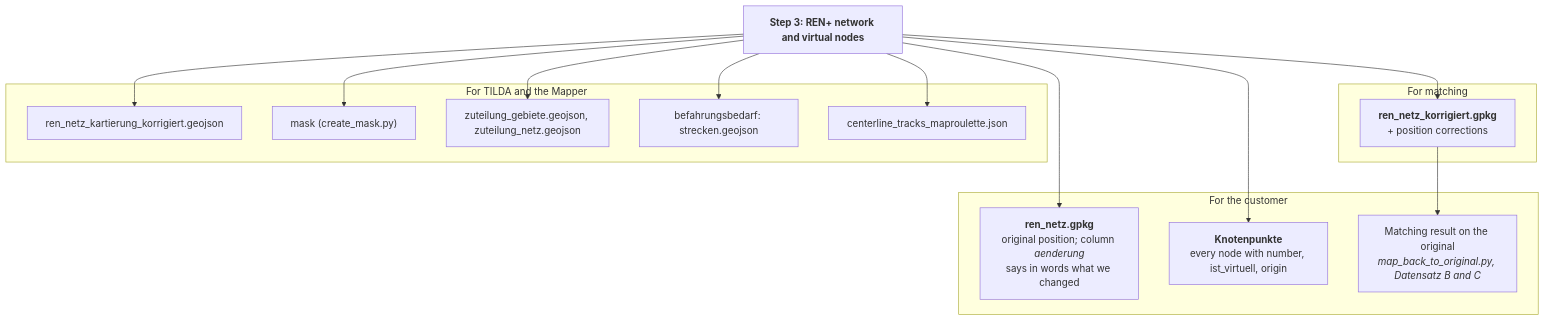
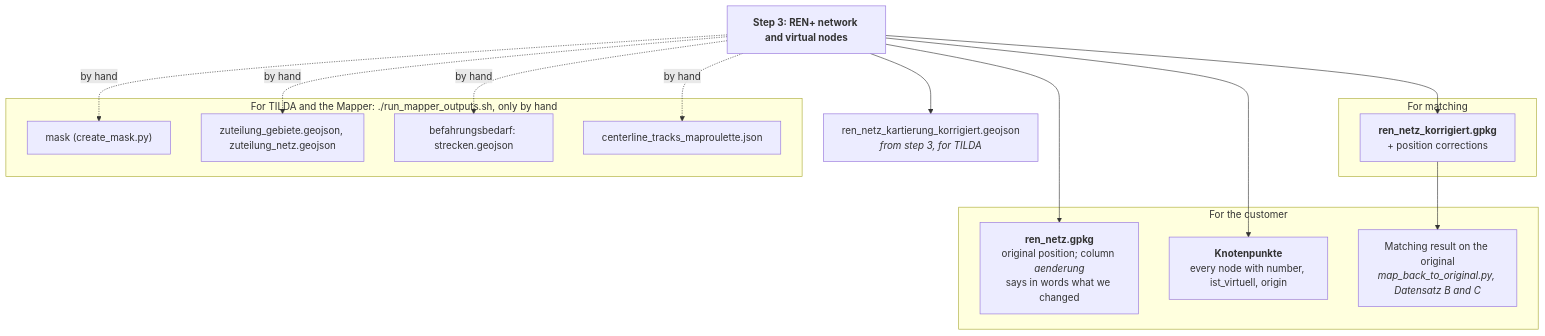
One commit to FixMyBerlin/infravelo-radnetz changed the third of 3 diagrams in docs/network-pipeline.md. Above: the diagram before and after it, drawn with Mermaid. The commit also changed other lines of this file and 5 other files, not shown here.

First line of the commit message:
Pipeline: the outputs for TILDA and the Mapper run only by hand, with their own script run_mapper_outputs.sh

````diff
--- a/docs/network-pipeline.md
+++ b/docs/network-pipeline.md
@@ -75,27 +84,27 @@
 ```mermaid
 flowchart TD
   NET["<b>Step 3: REN+ network and virtual nodes</b>"]
   subgraph KU["For the customer"]
     K1["<b>ren_netz.gpkg</b><br/>original position; column <i>aenderung</i><br/>says in words what we changed"]
     K2["<b>Knotenpunkte</b><br/>every node with number, ist_virtuell, origin"]
     K3["Matching result on the original<br/><i>map_back_to_original.py, Datensatz B and C</i>"]
   end
   subgraph WORK["For matching"]
     W1["<b>ren_netz_korrigiert.gpkg</b><br/>+ position corrections"]
   end
-  subgraph TI["For TILDA and the Mapper"]
-    T1["ren_netz_kartierung_korrigiert.geojson"]
+  T1["ren_netz_kartierung_korrigiert.geojson<br/><i>from step 3, for TILDA</i>"]
+  subgraph TI["For TILDA and the Mapper: ./run_mapper_outputs.sh, only by hand"]
     T2["mask (create_mask.py)"]
     T3["zuteilung_gebiete.geojson, zuteilung_netz.geojson"]
     T4["befahrungsbedarf: strecken.geojson"]
     T5["centerline_tracks_maproulette.json"]
   end
   NET --> K1
   NET --> K2
   NET --> W1 --> K3
   NET --> T1
-  NET --> T2
-  NET --> T3
-  NET --> T4
-  NET --> T5
+  NET -. "by hand" .-> T2
+  NET -. "by hand" .-> T3
+  NET -. "by hand" .-> T4
+  NET -. "by hand" .-> T5
 ```
````
